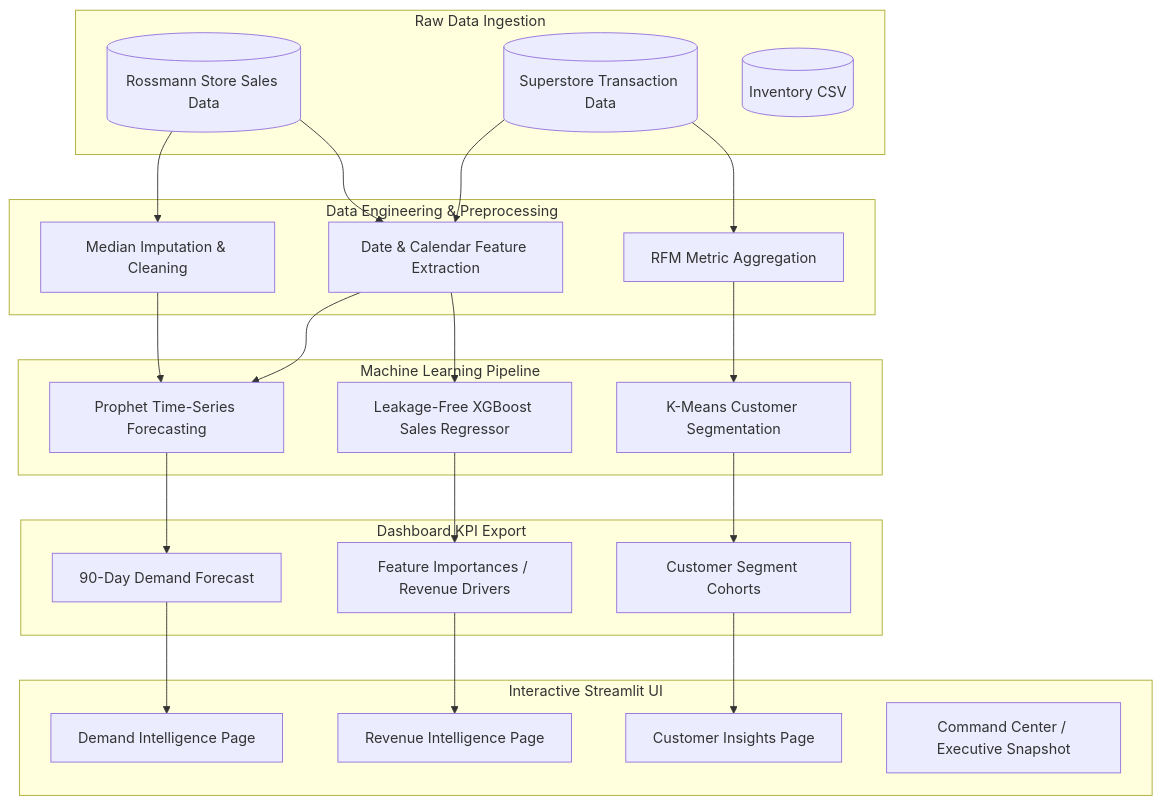
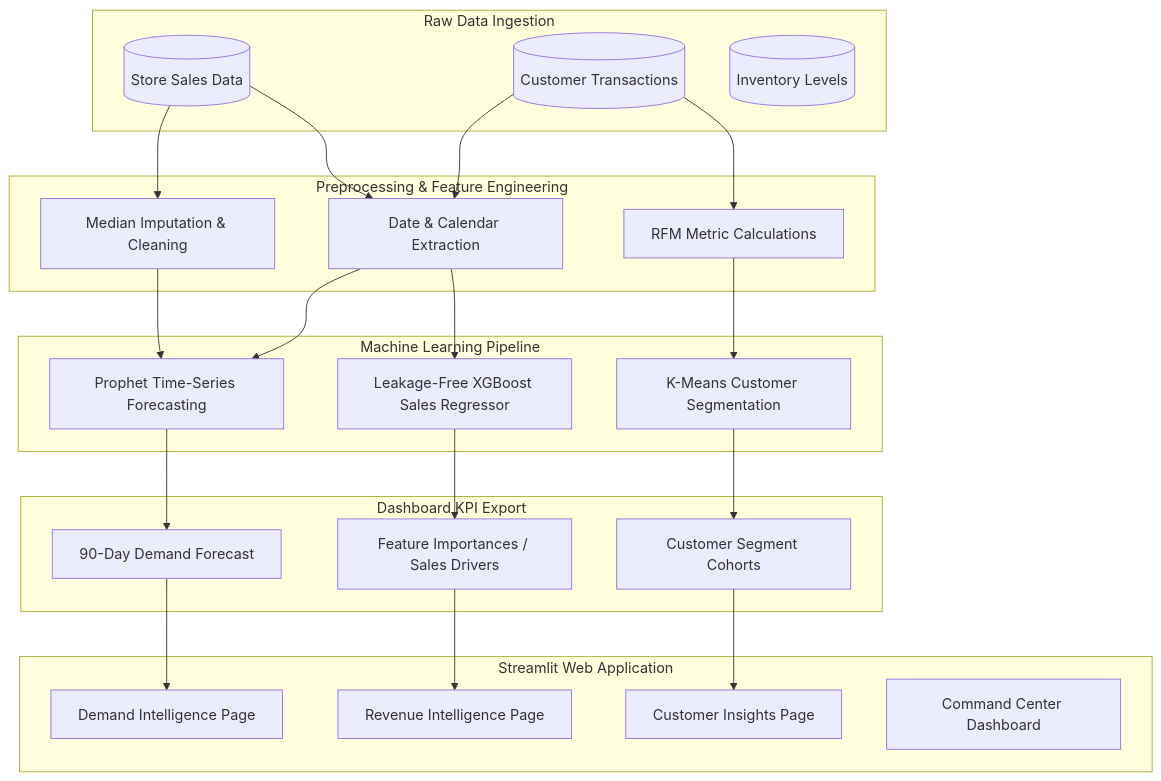
One commit to vijayendravarma111/RevenueIQ-AI changed the diagram in README.md. Above: the diagram before and after it, drawn with Mermaid. The commit also changed other lines of this file, not shown here.

````diff
--- a/README.md
+++ b/README.md
@@ -16,54 +19,54 @@
 ```mermaid
 flowchart TD
     %% Datasets
     subgraph Raw Data Ingestion
-        R1[(Rossmann Store Sales Data)]
-        R2[(Superstore Transaction Data)]
-        R3[(Inventory CSV)]
+        R1[(Store Sales Data)]
+        R2[(Customer Transactions)]
+        R3[(Inventory Levels)]
     end
 
     %% Preprocessing
-    subgraph Data Engineering & Preprocessing
+    subgraph Preprocessing & Feature Engineering
         P1[Median Imputation & Cleaning]
-        P2[RFM Metric Aggregation]
-        P3[Date & Calendar Feature Extraction]
+        P2[RFM Metric Calculations]
+        P3[Date & Calendar Extraction]
     end
 
     R1 --> P1
     R2 --> P2
     R1 & R2 --> P3
 
     %% Modeling
     subgraph Machine Learning Pipeline
         M1[Prophet Time-Series Forecasting]
         M2[Leakage-Free XGBoost Sales Regressor]
         M3[K-Means Customer Segmentation]
     end
 
     P1 & P3 --> M1
     P3 --> M2
     P2 --> M3
 
     %% Dashboard Data Export
     subgraph Dashboard KPI Export
         D1[90-Day Demand Forecast]
-        D2[Feature Importances / Revenue Drivers]
+        D2[Feature Importances / Sales Drivers]
         D3[Customer Segment Cohorts]
     end
 
     M1 --> D1
     M2 --> D2
     M3 --> D3
 
     %% Visualisation
-    subgraph Interactive Streamlit UI
+    subgraph Streamlit Web Application
         UI1[Demand Intelligence Page]
         UI2[Revenue Intelligence Page]
         UI3[Customer Insights Page]
-        UI4[Command Center / Executive Snapshot]
+        UI4[Command Center Dashboard]
     end
 
     D1 --> UI1
     D2 --> UI2
     D3 --> UI3
 ```
````
